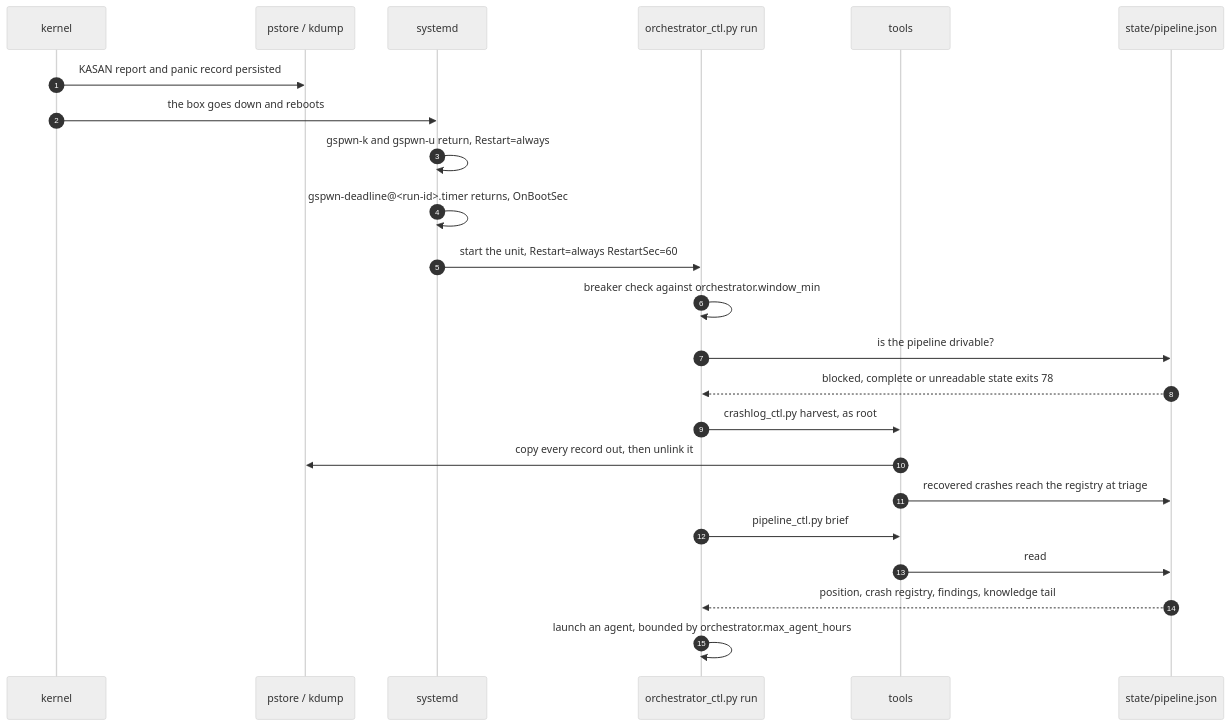
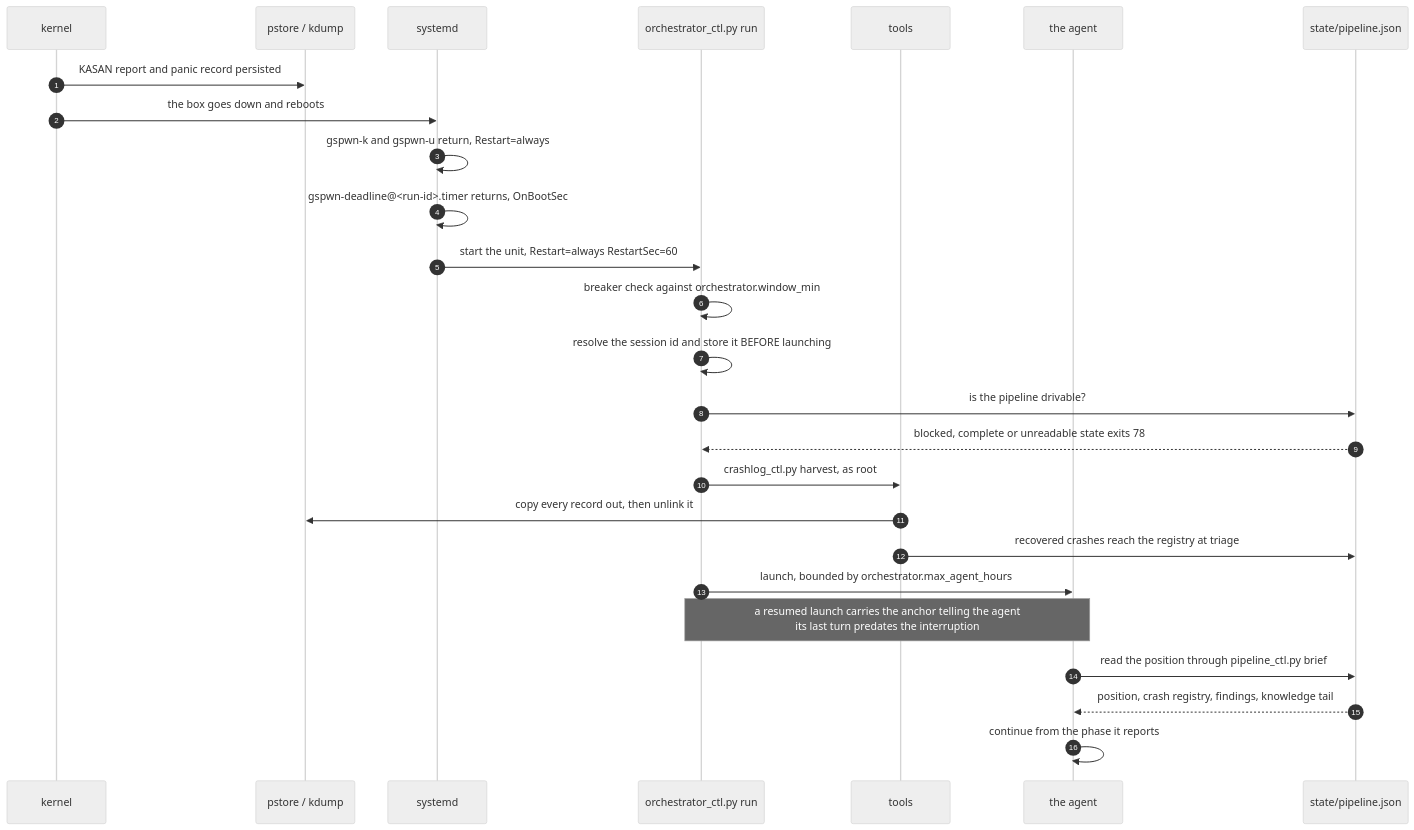
One commit to Indspl0it/gspwn changed the third of 3 diagrams in docs/src/content/docs/architecture/overview.md. Above: the diagram before and after it, drawn with Mermaid (neutral theme). The commit also changed other lines of this file and 129 other files, not shown here.

````diff
--- a/docs/src/content/docs/architecture/overview.md
+++ b/docs/src/content/docs/architecture/overview.md
@@ -145,26 +142,29 @@
 ```mermaid
 sequenceDiagram
   autonumber
   participant K as kernel
   participant PS as pstore / kdump
   participant SD as systemd
   participant OC as orchestrator_ctl.py run
   participant T as tools
+  participant AG as the agent
   participant ST as state/pipeline.json
 
   K->>PS: KASAN report and panic record persisted
   K->>SD: the box goes down and reboots
   SD->>SD: gspwn-k and gspwn-u return, Restart=always
   SD->>SD: gspwn-deadline@<run-id>.timer returns, OnBootSec
   SD->>OC: start the unit, Restart=always RestartSec=60
   OC->>OC: breaker check against orchestrator.window_min
+  OC->>OC: resolve the session id and store it BEFORE launching
   OC->>ST: is the pipeline drivable?
   ST-->>OC: blocked, complete or unreadable state exits 78
   OC->>T: crashlog_ctl.py harvest, as root
   T->>PS: copy every record out, then unlink it
   T->>ST: recovered crashes reach the registry at triage
-  OC->>T: pipeline_ctl.py brief
-  T->>ST: read
-  ST-->>OC: position, crash registry, findings, knowledge tail
-  OC->>OC: launch an agent, bounded by orchestrator.max_agent_hours
+  OC->>AG: launch, bounded by orchestrator.max_agent_hours
+  Note over OC,AG: a resumed launch carries the anchor telling the agent<br/>its last turn predates the interruption
+  AG->>ST: read the position through pipeline_ctl.py brief
+  ST-->>AG: position, crash registry, findings, knowledge tail
+  AG->>AG: continue from the phase it reports
 ```
````
